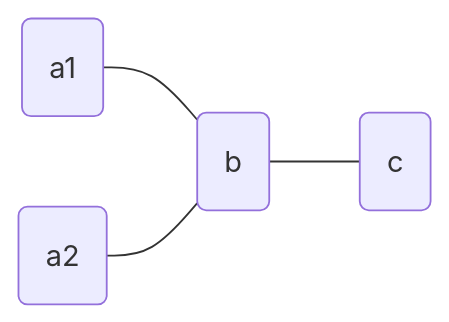
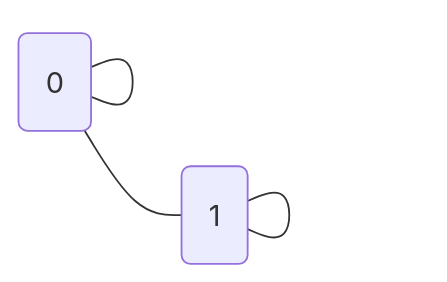
Before and after one commit to johnbeve/PHI-696: the diagram in Project-1/README.md, drawn with Mermaid. The commit also changed other lines of this file, not shown here.

````diff
--- a/Project-1/README.md
+++ b/Project-1/README.md
@@ -211,8 +211,8 @@
 ```mermaid 
 graph LR
-A1(a1)
-A2(a2)
-A1 ---B(b)
-A2 ---B(b)
-B ---C(c)
+0(0)
+1(1)
+0 ---0
+0 ---1
+1 ---1
 ```
````
